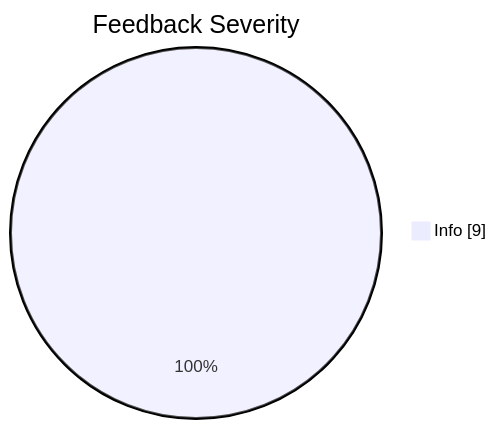
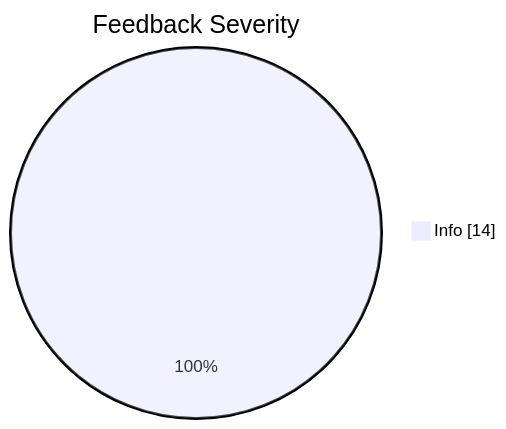
One commit to JakubPawinski/gitcode-solutions changed the fifth of 6 diagrams in README.md. Above: the diagram before and after it, drawn with Mermaid. The commit also changed other lines of this file, not shown here.

````diff
--- a/README.md
+++ b/README.md
@@ -175,5 +175,5 @@
 ```mermaid
 pie showData
     title Feedback Severity
-    "Info" : 9
+    "Info" : 14
 ```
````
